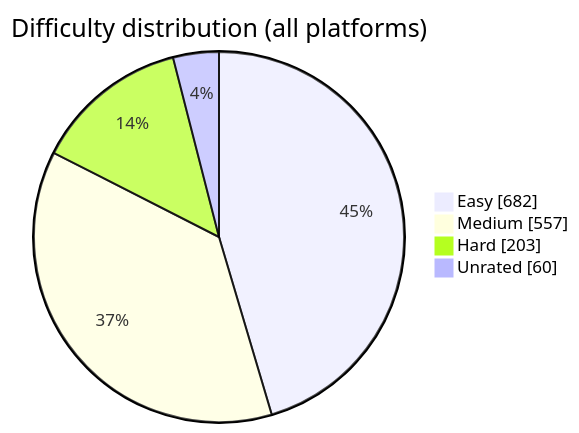
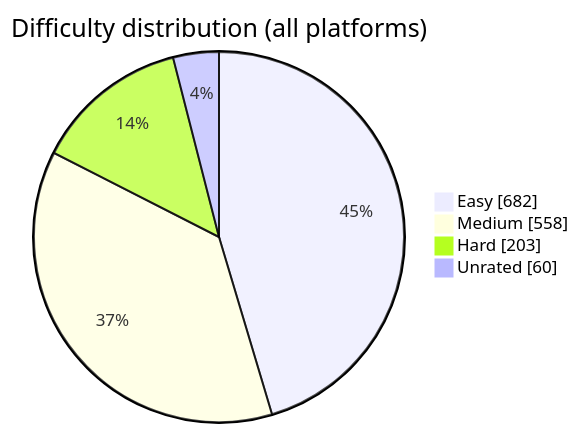
The diagram in README.md (BuildbyArindam/Daily-Coding-Log), drawn with Mermaid before and after one commit. The commit also changed other lines of this file, not shown here.

````diff
--- a/README.md
+++ b/README.md
@@ -93,7 +93,7 @@
 ```mermaid
 pie showData title Difficulty distribution (all platforms)
     "Easy" : 682
-    "Medium" : 557
+    "Medium" : 558
     "Hard" : 203
     "Unrated" : 60
 ```
````
